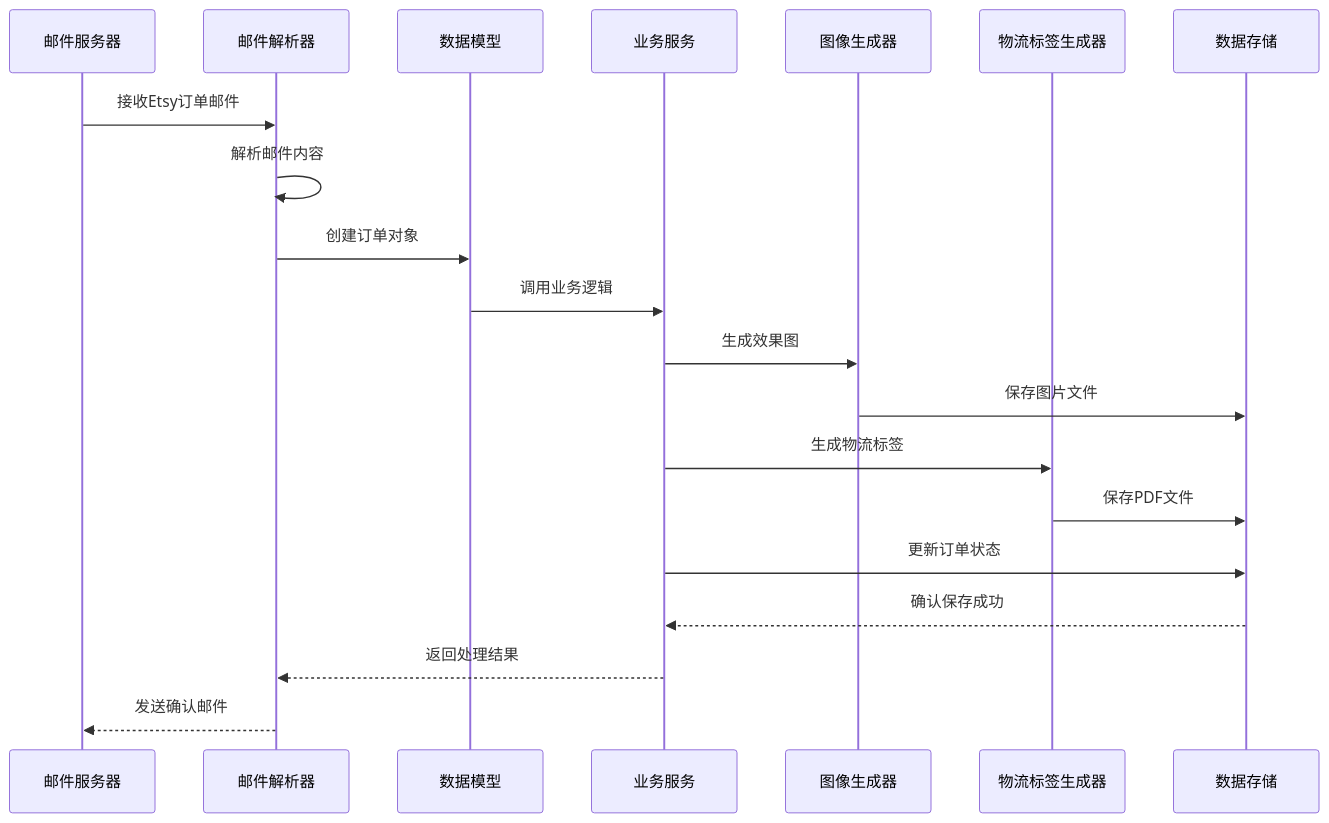
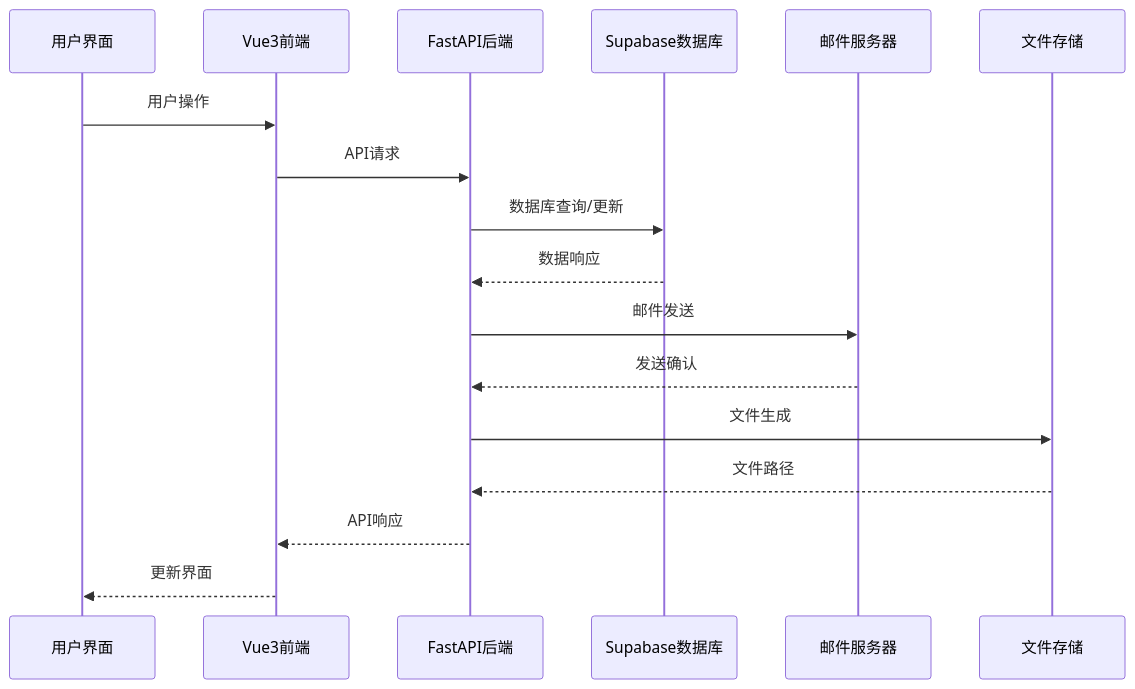
One commit to SY6621/POD-Order-Management changed the fourth of 6 diagrams in .qoder/repowiki/zh/content/项目结构详解.md. Above: the diagram before and after it, drawn with Mermaid. The commit also changed other lines of this file and 263 other files, not shown here.

````diff
--- a/.qoder/repowiki/zh/content/项目结构详解.md
+++ b/.qoder/repowiki/zh/content/项目结构详解.md
@@ -319,22 +443,19 @@
 ```mermaid
 sequenceDiagram
-participant Mail as 邮件服务器
-participant Parser as 邮件解析器
-participant Model as 数据模型
-participant Service as 业务服务
-participant Image as 图像生成器
-participant Label as 物流标签生成器
-participant Storage as 数据存储
-Mail->>Parser : 接收Etsy订单邮件
-Parser->>Parser : 解析邮件内容
-Parser->>Model : 创建订单对象
-Model->>Service : 调用业务逻辑
-Service->>Image : 生成效果图
-Image->>Storage : 保存图片文件
-Service->>Label : 生成物流标签
-Label->>Storage : 保存PDF文件
-Service->>Storage : 更新订单状态
-Storage-->>Service : 确认保存成功
-Service-->>Parser : 返回处理结果
-Parser-->>Mail : 发送确认邮件
+participant User as 用户界面
+participant Frontend as Vue3前端
+participant Backend as FastAPI后端
+participant Supabase as Supabase数据库
+participant Email as 邮件服务器
+participant Storage as 文件存储
+User->>Frontend : 用户操作
+Frontend->>Backend : API请求
+Backend->>Supabase : 数据库查询/更新
+Supabase-->>Backend : 数据响应
+Backend->>Email : 邮件发送
+Email-->>Backend : 发送确认
+Backend->>Storage : 文件生成
+Storage-->>Backend : 文件路径
+Backend-->>Frontend : API响应
+Frontend-->>User : 更新界面
 ```
````
